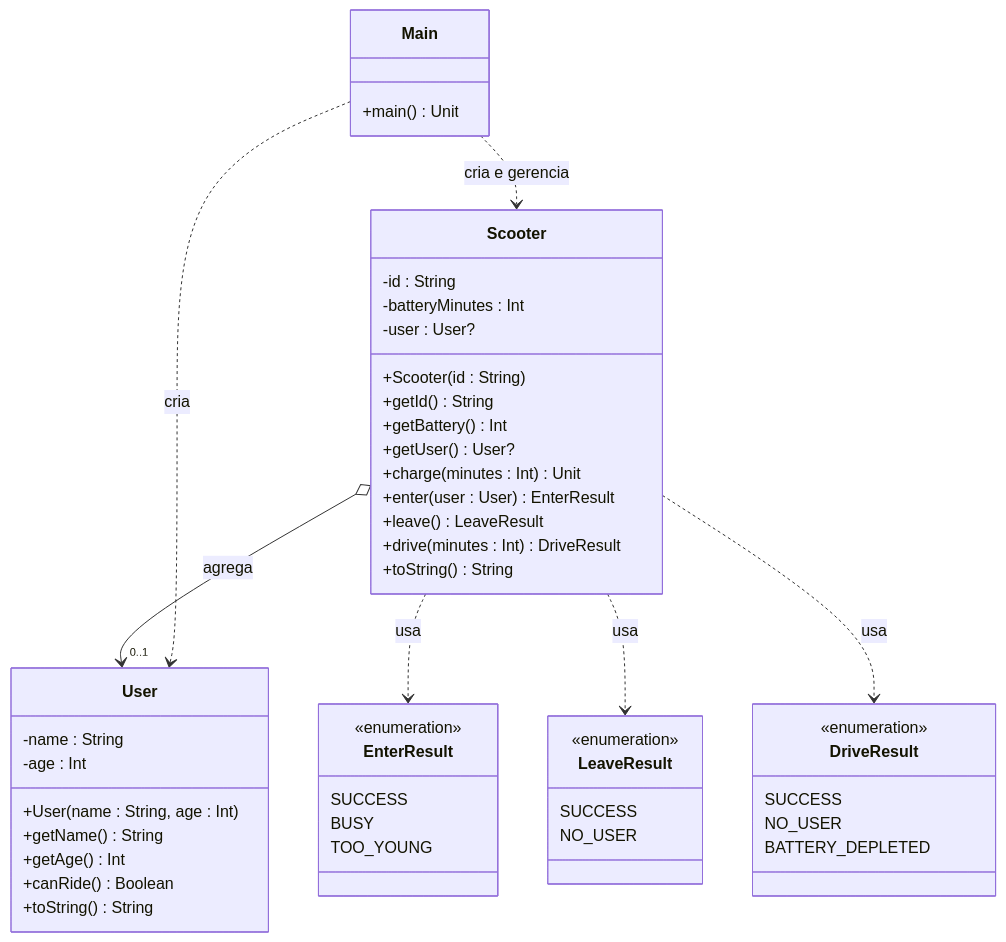
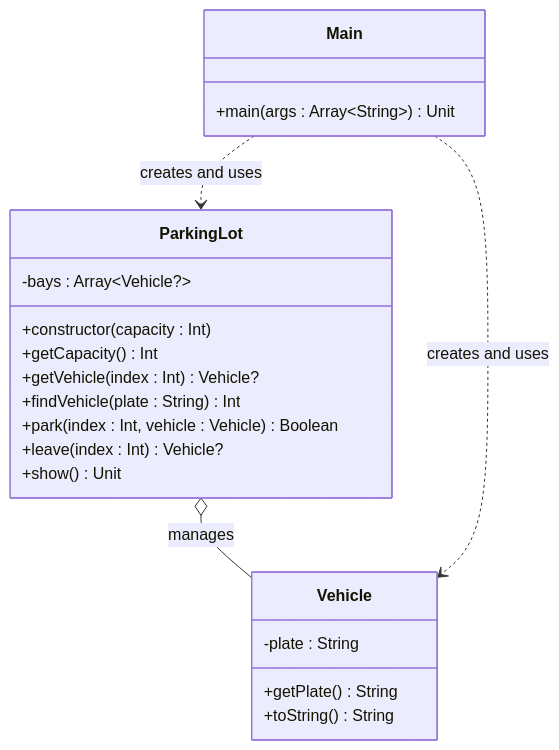
The diagram in output/Questão-04/README.md (marquinvitor/Forja), drawn with Mermaid before and after one commit. The commit also changed other lines of this file and 23 other files, not shown here.

````diff
--- a/output/Questão-04/README.md
+++ b/output/Questão-04/README.md
@@ -78,61 +67,30 @@
 ```mermaid
 %%{init: { "fontFamily": "monospace" } }%%
 classDiagram
     direction TB
 
-    class EnterResult {
-        <<enumeration>>
-        SUCCESS
-        BUSY
-        TOO_YOUNG
-    }
-
-    class LeaveResult {
-        <<enumeration>>
-        SUCCESS
-        NO_USER
-    }
-
-    class DriveResult {
-        <<enumeration>>
-        SUCCESS
-        NO_USER
-        BATTERY_DEPLETED
-    }
-
-    class User {
-        -name : String
-        -age : Int
-        +User(name : String, age : Int)
-        +getName() String
-        +getAge() Int
-        +canRide() Boolean
+    class Vehicle {
+        -plate : String
+        +getPlate() String
         +toString() String
     }
 
-    class Scooter {
-        -id : String
-        -batteryMinutes : Int
-        -user : User?
-        +Scooter(id : String)
-        +getId() String
-        +getBattery() Int
-        +getUser() User?
-        +charge(minutes : Int) Unit
-        +enter(user : User) EnterResult
-        +leave() LeaveResult
-        +drive(minutes : Int) DriveResult
-        +toString() String
+    class ParkingLot {
+        -bays : Array~Vehicle?~
+        +constructor(capacity : Int)
+        +getCapacity() Int
+        +getVehicle(index : Int) Vehicle?
+        +findVehicle(plate : String) Int
+        +park(index : Int, vehicle : Vehicle) Boolean
+        +leave(index : Int) Vehicle?
+        +show() Unit
     }
 
     class Main {
-        +main() Unit
+        +main(args : Array~String~) Unit
     }
 
-    Scooter o--> "0..1" User : agrega
-    Scooter ..> EnterResult : usa
-    Scooter ..> LeaveResult : usa
-    Scooter ..> DriveResult : usa
-    Main ..> Scooter : cria e gerencia
-    Main ..> User : cria
+    ParkingLot o-- Vehicle : manages
+    Main ..> ParkingLot : creates and uses
+    Main ..> Vehicle : creates and uses
 ```
````
